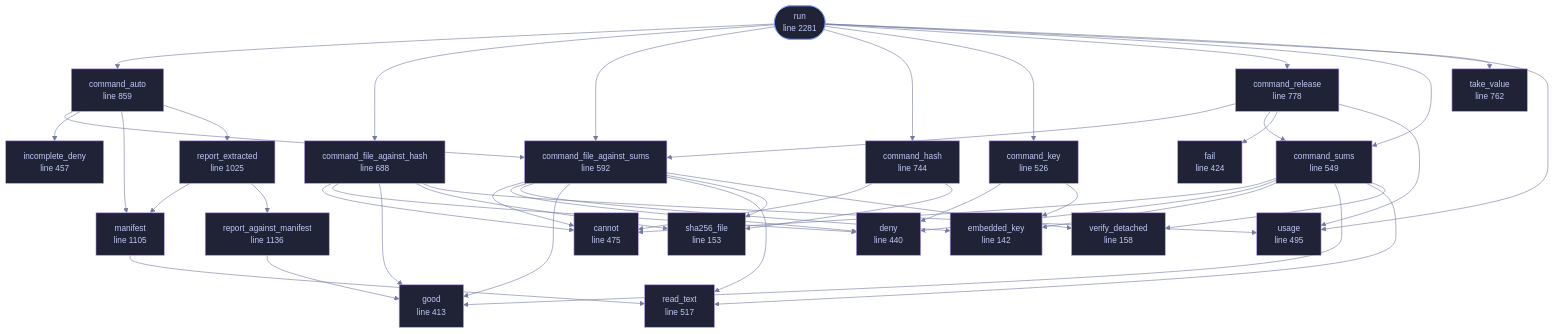
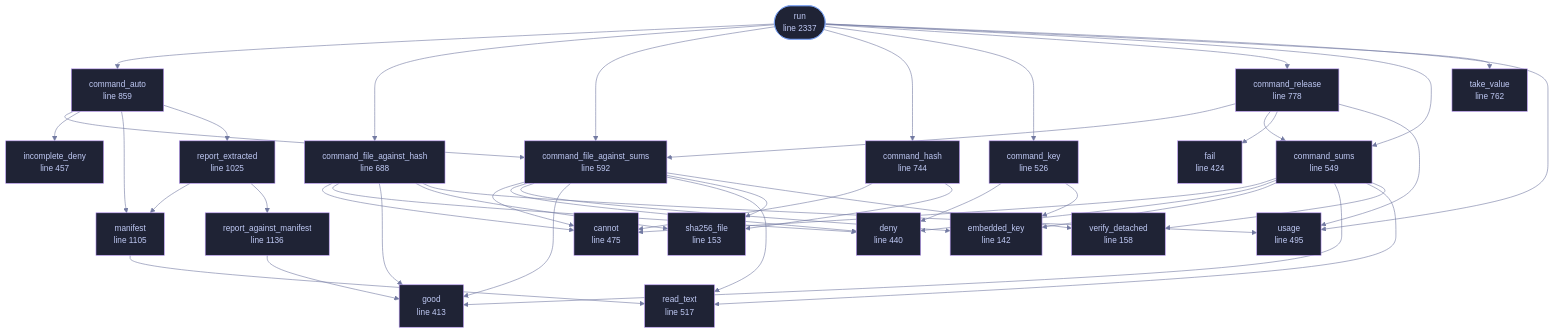
Before and after one commit to tilas01/veilvoice: the diagram in docs/files/veilvoice-verify/lib.md, drawn with Mermaid. The commit also changed other lines of this file and 55 other files, not shown here.

```diff
--- a/docs/files/veilvoice-verify/lib.md
+++ b/docs/files/veilvoice-verify/lib.md
@@ -133,7 +134,7 @@
     n_report_extracted["report_extracted<br/>line 1025"]
     n_manifest["manifest<br/>line 1105"]
     n_report_against_manifest["report_against_manifest<br/>line 1136"]
-    n_run(["run<br/>line 2281"])
+    n_run(["run<br/>line 2337"])
     n_command_auto --> n_command_file_against_sums
     n_command_auto --> n_incomplete_deny
     n_command_auto --> n_manifest
@@ -198,7 +199,7 @@
     click n_report_extracted href "https://github.com/tilas01/veilvoice/blob/main/crates/veilvoice-verify/src/lib.rs#L1025" "open the source"
     click n_manifest href "https://github.com/tilas01/veilvoice/blob/main/crates/veilvoice-verify/src/lib.rs#L1105" "open the source"
     click n_report_against_manifest href "https://github.com/tilas01/veilvoice/blob/main/crates/veilvoice-verify/src/lib.rs#L1136" "open the source"
-    click n_run href "https://github.com/tilas01/veilvoice/blob/main/crates/veilvoice-verify/src/lib.rs#L2281" "open the source"
+    click n_run href "https://github.com/tilas01/veilvoice/blob/main/crates/veilvoice-verify/src/lib.rs#L2337" "open the source"
     classDef entry fill:#1f2335,stroke:#7aa2f7,color:#c0caf5
     class n_run entry
     classDef helper fill:#1f2335,stroke:#bb9af7,color:#c0caf5
```
